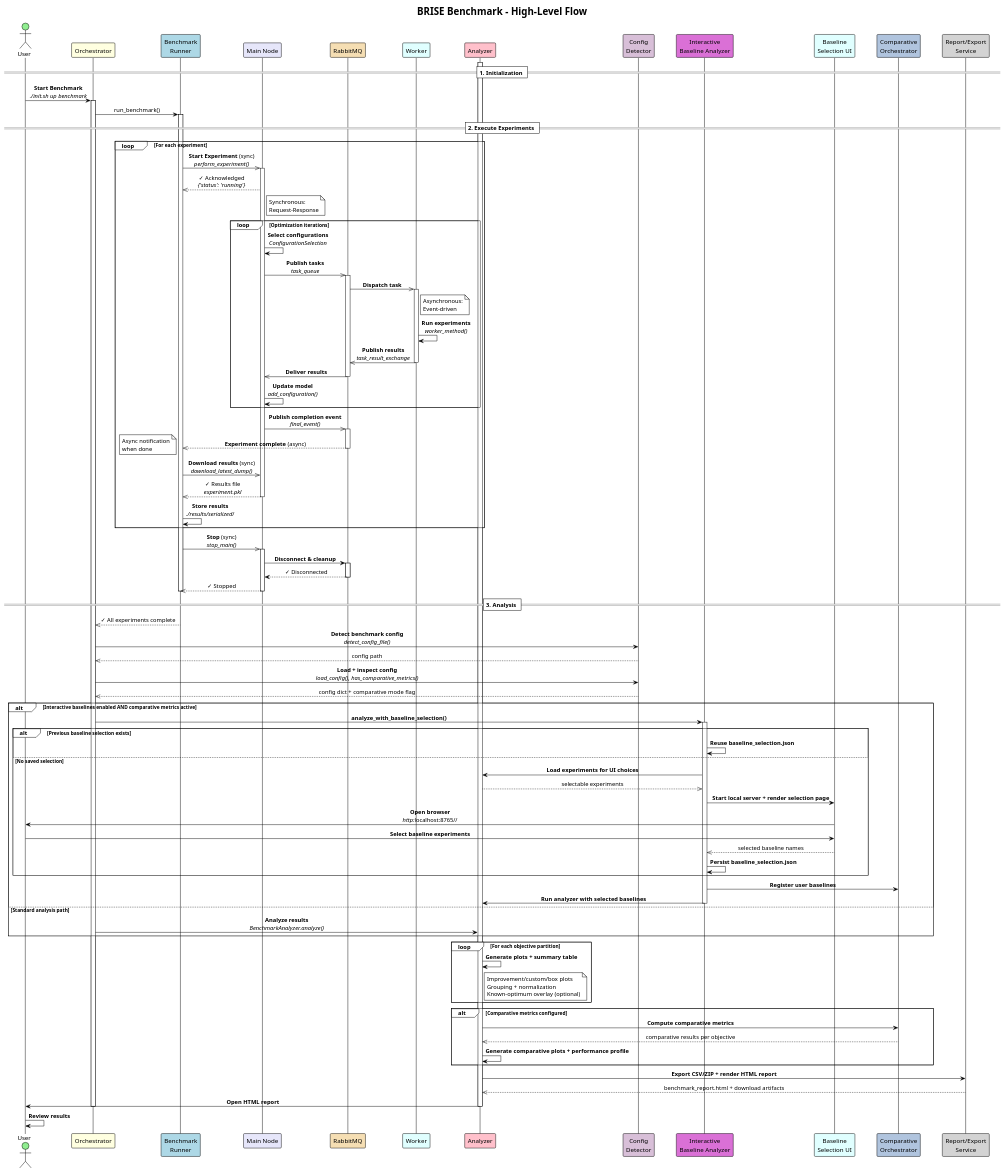
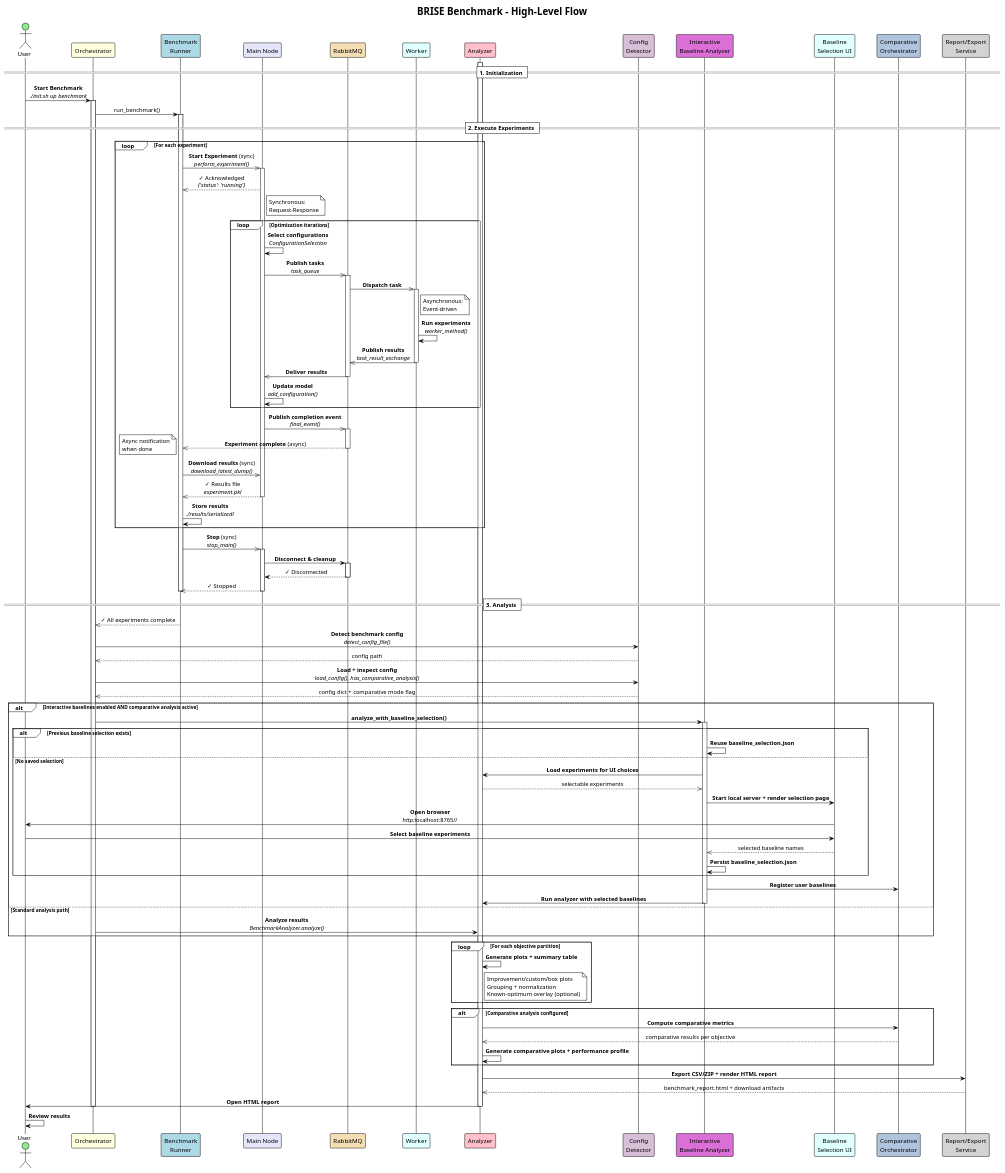
The diagram in benchmark/docs/benchmark_workflow/Sequence_Diagram_Benchmark.puml (LeanderSoemisch/BRISE2_Benchmarking), drawn with PlantUML before and after one commit. The commit also changed 28 other files, not shown here.

```diff
--- a/benchmark/docs/benchmark_workflow/Sequence_Diagram_Benchmark.puml
+++ b/benchmark/docs/benchmark_workflow/Sequence_Diagram_Benchmark.puml
@@ -1,131 +1,131 @@
 @startuml Benchmark_Sequence_Diagram
 !theme plain
 skinparam sequenceMessageAlign center
 skinparam responseMessageBelowArrow true
 skinparam BoxPadding 10
 skinparam ParticipantPadding 20
 
 actor User #lightgreen
 participant "Orchestrator" as Orchestrator #lightyellow
 participant "Benchmark\nRunner" as BenchmarkRunner #lightblue
 participant "Main Node" as MainNode #lavender
 participant "RabbitMQ" as RabbitMQ #wheat
 participant "Worker" as Worker #lightcyan
 participant "Analyzer" as Analyzer #pink
 
 title BRISE Benchmark - High-Level Flow
 
 == 1. Initialization ==
 User -> Orchestrator: **Start Benchmark**\n//./init.sh up benchmark//
 activate Orchestrator
 Orchestrator -> BenchmarkRunner: run_benchmark()
 activate BenchmarkRunner
 
 == 2. Execute Experiments ==
 loop For each experiment
 
     BenchmarkRunner ->> MainNode: **Start Experiment** (sync)\n//perform_experiment()//
     activate MainNode
     MainNode -->> BenchmarkRunner: ✓ Acknowledged\n//{'status': 'running'}//
     note right of MainNode: Synchronous:\nRequest-Response
 
     loop Optimization iterations
         MainNode -> MainNode: **Select configurations**\n//ConfigurationSelection//
         MainNode ->> RabbitMQ: **Publish tasks**\n//task_queue//
         activate RabbitMQ
         RabbitMQ ->> Worker: **Dispatch task**
         activate Worker
         note right of Worker: Asynchronous:\nEvent-driven
         Worker -> Worker: **Run experiments**\n//worker_method()//
         Worker ->> RabbitMQ: **Publish results**\n//task_result_exchange//
         deactivate Worker
         RabbitMQ ->> MainNode: **Deliver results**
         deactivate RabbitMQ
         MainNode -> MainNode: **Update model**\n//add_configuration()//
     end
 
     MainNode ->> RabbitMQ: **Publish completion event**\n//final_event()//
     activate RabbitMQ
     RabbitMQ -->> BenchmarkRunner: **Experiment complete** (async)
     deactivate RabbitMQ
     note left: Async notification\nwhen done
 
     BenchmarkRunner ->> MainNode: **Download results** (sync)\n//download_latest_dump()//
     MainNode -->> BenchmarkRunner: ✓ Results file\n//experiment.pkl//
     deactivate MainNode
     BenchmarkRunner -> BenchmarkRunner: **Store results**\n//./results/serialized///
 
 end
 
 BenchmarkRunner ->> MainNode: **Stop** (sync)\n//stop_main()//
 activate MainNode
 MainNode -> RabbitMQ: **Disconnect & cleanup**
 activate RabbitMQ
 RabbitMQ --> MainNode: ✓ Disconnected
 deactivate RabbitMQ
 MainNode -->> BenchmarkRunner: ✓ Stopped
 deactivate MainNode
 deactivate BenchmarkRunner
 
 == 3. Analysis ==
 BenchmarkRunner -->> Orchestrator: ✓ All experiments complete
 participant "Config\nDetector" as ConfigDetector #thistle
 participant "Interactive\nBaseline Analyzer" as InteractiveBaselineAnalyzer #orchid
 participant "Baseline\nSelection UI" as BaselineSelectionUI #lightcyan
 participant "Comparative\nOrchestrator" as ComparativeOrchestrator #lightsteelblue
 participant "Report/Export\nService" as ReportService #lightgray
 
 Orchestrator -> ConfigDetector: **Detect benchmark config**\n//detect_config_file()//
 ConfigDetector -->> Orchestrator: config path
-Orchestrator -> ConfigDetector: **Load + inspect config**\n//load_config(), has_comparative_metrics()//
+Orchestrator -> ConfigDetector: **Load + inspect config**\n//load_config(), has_comparative_analysis()//
 ConfigDetector -->> Orchestrator: config dict + comparative mode flag
 
-alt Interactive baselines enabled AND comparative metrics active
+alt Interactive baselines enabled AND comparative analysis active
     Orchestrator -> InteractiveBaselineAnalyzer: **analyze_with_baseline_selection()**
     activate InteractiveBaselineAnalyzer
 
     alt Previous baseline selection exists
         InteractiveBaselineAnalyzer -> InteractiveBaselineAnalyzer: **Reuse baseline_selection.json**
     else No saved selection
         InteractiveBaselineAnalyzer -> Analyzer: **Load experiments for UI choices**
         Analyzer -->> InteractiveBaselineAnalyzer: selectable experiments
         InteractiveBaselineAnalyzer -> BaselineSelectionUI: **Start local server + render selection page**
         BaselineSelectionUI -> User: **Open browser**\n//http://localhost:8765//
         User -> BaselineSelectionUI: **Select baseline experiments**
         BaselineSelectionUI -->> InteractiveBaselineAnalyzer: selected baseline names
         InteractiveBaselineAnalyzer -> InteractiveBaselineAnalyzer: **Persist baseline_selection.json**
     end
 
     InteractiveBaselineAnalyzer -> ComparativeOrchestrator: **Register user baselines**
     InteractiveBaselineAnalyzer -> Analyzer: **Run analyzer with selected baselines**
     deactivate InteractiveBaselineAnalyzer
 else Standard analysis path
     Orchestrator -> Analyzer: **Analyze results**\n//BenchmarkAnalyzer.analyze()//
 end
 
 activate Analyzer
 
 loop For each objective partition
     Analyzer -> Analyzer: **Generate plots + summary table**
     note right of Analyzer
       Improvement/custom/box plots
       Grouping + normalization
       Known-optimum overlay (optional)
     end note
 end
 
-alt Comparative metrics configured
+alt Comparative analysis configured
     Analyzer -> ComparativeOrchestrator: **Compute comparative metrics**
     ComparativeOrchestrator -->> Analyzer: comparative results per objective
     Analyzer -> Analyzer: **Generate comparative plots + performance profile**
 end
 
 Analyzer -> ReportService: **Export CSV/ZIP + render HTML report**
 ReportService -->> Analyzer: benchmark_report.html + download artifacts
 Analyzer -> User: **Open HTML report**
 deactivate Analyzer
 deactivate Orchestrator
 
 User -> User: **Review results**
 
 @enduml
```
